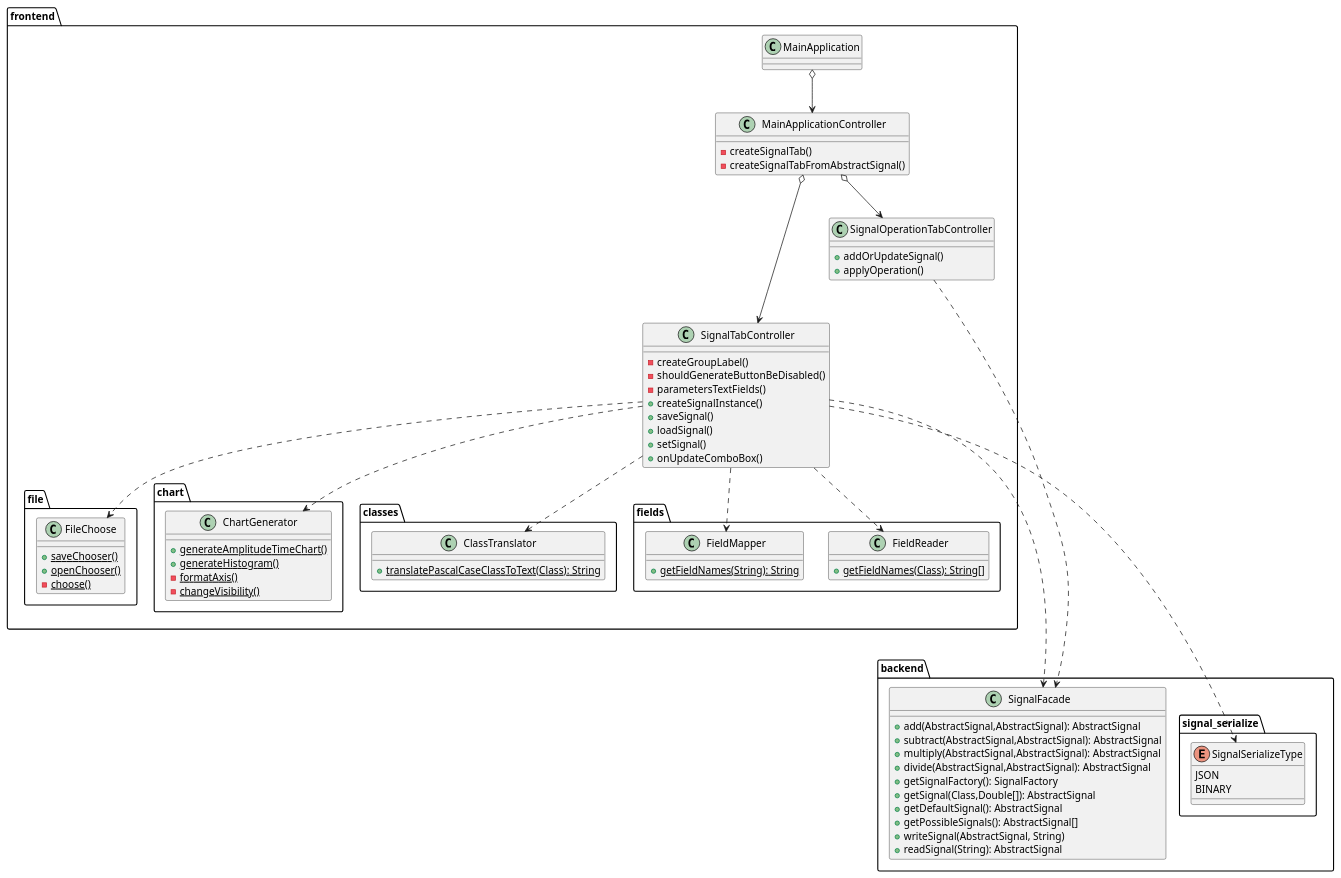
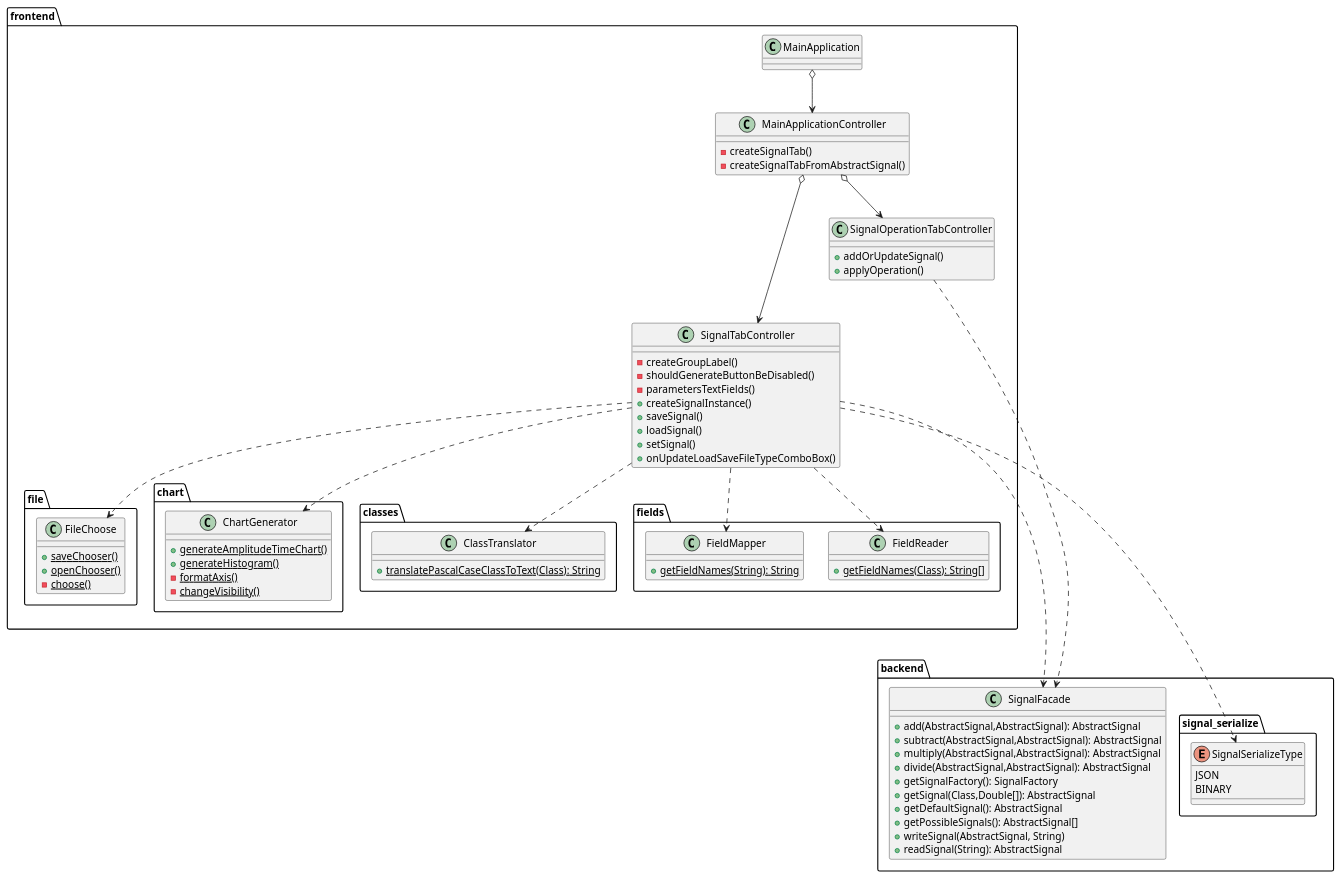
One commit to RadekBucki/DigitalSignalProcessing changed the first of 3 diagrams in README.md. Above: the diagram before and after it, drawn with PlantUML. The commit also changed 2 other files, not shown here.

Commit message:
#126 Bugfix for disability of read write buttons

````diff
--- a/README.md
+++ b/README.md
@@ -5,6 +5,4 @@
 ```plantuml
-
-
 package frontend {
     class MainApplication {
     }
@@ -20,7 +18,7 @@
         + saveSignal()
         + loadSignal()
         + setSignal()
-        + onUpdateComboBox()
+        + onUpdateLoadSaveFileTypeComboBox()
     }
     class SignalOperationTabController {
         + addOrUpdateSignal()
````
